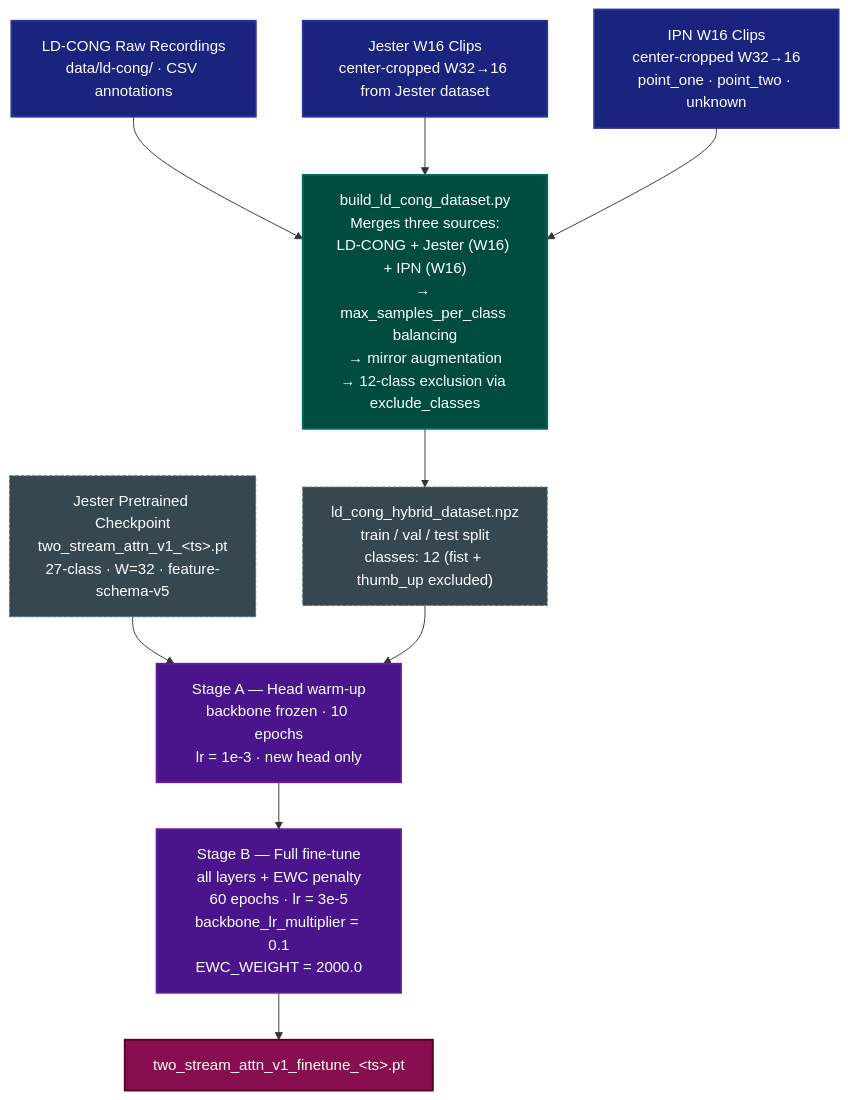
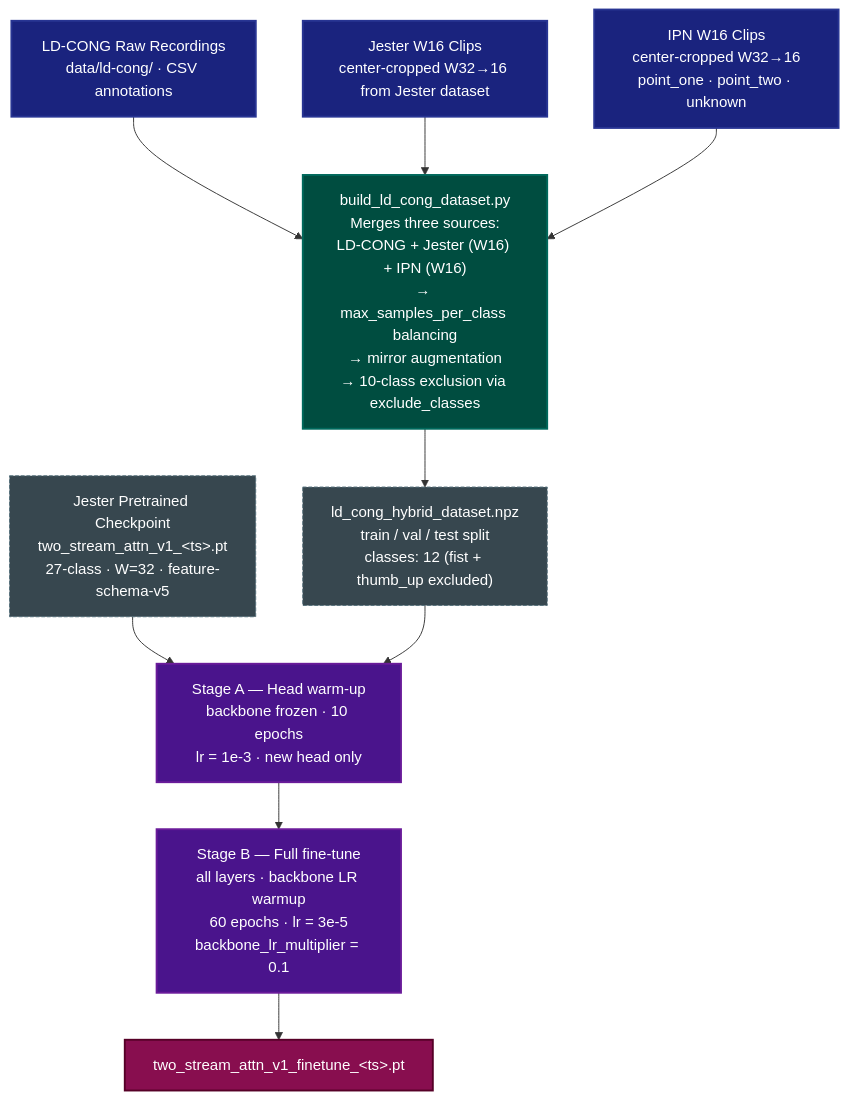
The second of 2 diagrams in docs/architecture/training-pipeline.md (ntsrigaud/Maestro), drawn with Mermaid before and after one commit. The commit also changed other lines of this file and 6 other files, not shown here.

````diff
--- a/docs/architecture/training-pipeline.md
+++ b/docs/architecture/training-pipeline.md
@@ -247,39 +247,39 @@
 ```mermaid
 flowchart TD
     classDef rawNode    fill:#1a237e,color:#fff,stroke:#283593,stroke-width:2px
     classDef procNode   fill:#004d40,color:#fff,stroke:#00695c,stroke-width:2px
     classDef trainNode  fill:#4a148c,color:#fff,stroke:#6a1b9a,stroke-width:2px
     classDef exportNode fill:#880e4f,color:#fff,stroke:#560027,stroke-width:2px
     classDef fileNode   fill:#37474f,color:#fff,stroke:#546e7a,stroke-width:1px,stroke-dasharray:4 2
     classDef configNode fill:#f9a825,color:#000,stroke:#f57f17,stroke-width:1px,stroke-dasharray:4 2
 
     JESTER_CKPT["Jester Pretrained Checkpoint<br/>two_stream_attn_v1_&lt;ts&gt;.pt<br/>27-class · W=32 · feature-schema-v5"]
     LDCONG_RAW["LD-CONG Raw Recordings<br/>data/ld-cong/ · CSV annotations"]
     JESTER_CLIPS["Jester W16 Clips<br/>center-cropped W32→16 from Jester dataset"]
     IPN_CLIPS["IPN W16 Clips<br/>center-cropped W32→16<br/>point_one · point_two · unknown"]
 
-    BUILD["build_ld_cong_dataset.py<br/>Merges three sources:<br/>LD-CONG + Jester (W16) + IPN (W16)<br/>→ max_samples_per_class balancing<br/>→ mirror augmentation<br/>→ 12-class exclusion via exclude_classes"]
+    BUILD["build_ld_cong_dataset.py<br/>Merges three sources:<br/>LD-CONG + Jester (W16) + IPN (W16)<br/>→ max_samples_per_class balancing<br/>→ mirror augmentation<br/>→ 10-class exclusion via exclude_classes"]
     NPZ["ld_cong_hybrid_dataset.npz<br/>train / val / test split<br/>classes: 12 (fist + thumb_up excluded)"]
 
     STAGE_A["Stage A — Head warm-up<br/>backbone frozen · 10 epochs<br/>lr = 1e-3 · new head only"]
-    STAGE_B["Stage B — Full fine-tune<br/>all layers + EWC penalty<br/>60 epochs · lr = 3e-5<br/>backbone_lr_multiplier = 0.1<br/>EWC_WEIGHT = 2000.0"]
+    STAGE_B["Stage B — Full fine-tune<br/>all layers · backbone LR warmup<br/>60 epochs · lr = 3e-5<br/>backbone_lr_multiplier = 0.1"]
 
     CKPT_LD["two_stream_attn_v1_finetune_&lt;ts&gt;.pt"]
 
     JESTER_CKPT --> STAGE_A
     LDCONG_RAW --> BUILD
     JESTER_CLIPS --> BUILD
     IPN_CLIPS --> BUILD
     BUILD --> NPZ
     NPZ --> STAGE_A --> STAGE_B --> CKPT_LD
 
     class JESTER_CKPT fileNode
     class LDCONG_RAW rawNode
     class JESTER_CLIPS rawNode
     class IPN_CLIPS rawNode
     class BUILD procNode
     class NPZ fileNode
     class STAGE_A trainNode
     class STAGE_B trainNode
     class CKPT_LD exportNode
 ```
````
